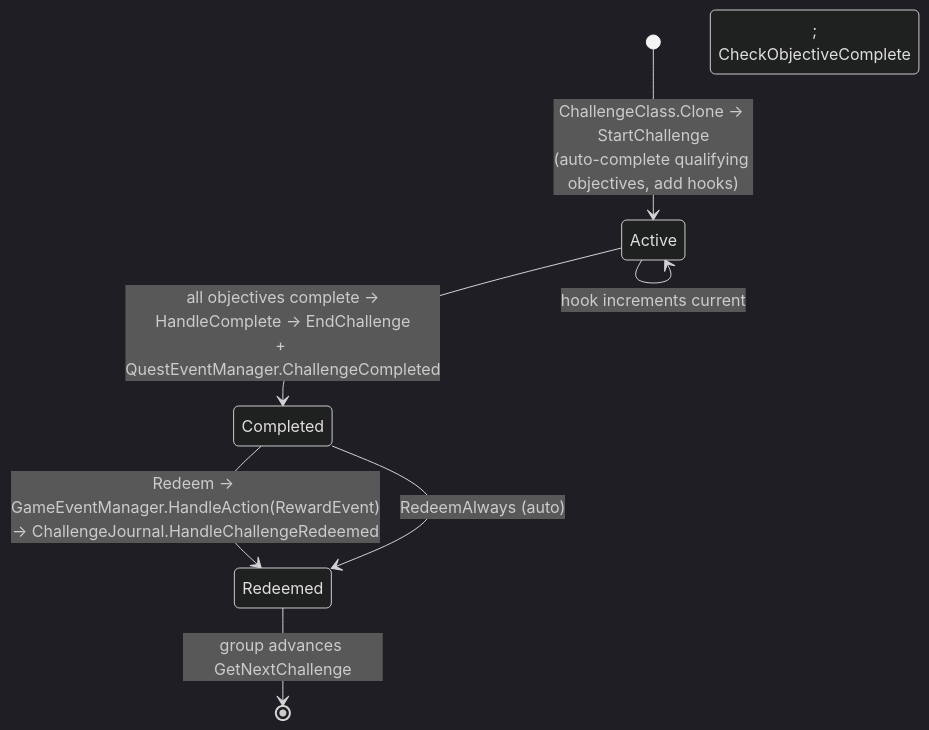
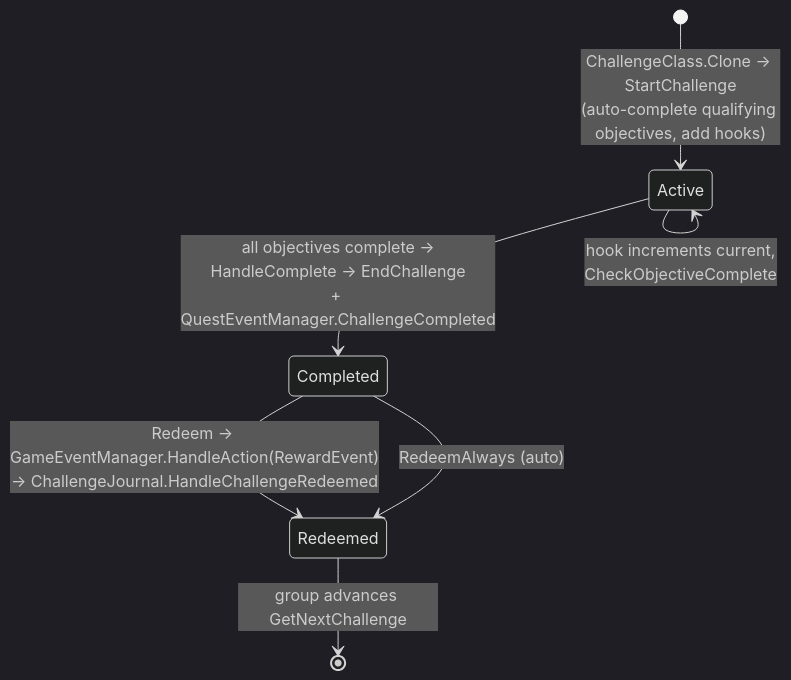
One commit to hordeforge/7dtd-engine-research changed the fourth of 5 diagrams in docs/quests-challenges.md. Above: the diagram before and after it, drawn with Mermaid (dark theme). The commit also changed 15 other files, not shown here.

First line of the commit message:
Map every state machine and fix mermaid 8.6 breakages corpus-wide

````diff
--- a/docs/quests-challenges.md
+++ b/docs/quests-challenges.md
@@ -301,9 +301,9 @@
 ```mermaid
 stateDiagram-v2
   [*] --> Active: ChallengeClass.Clone -> StartChallenge<br/>(auto-complete qualifying objectives, add hooks)
-  Active --> Active: hook increments current;<br/>CheckObjectiveComplete
+  Active --> Active: hook increments current,<br/>CheckObjectiveComplete
   Active --> Completed: all objectives complete -><br/>HandleComplete -> EndChallenge<br/>+ QuestEventManager.ChallengeCompleted
   Completed --> Redeemed: Redeem -> GameEventManager.HandleAction(RewardEvent)<br/>-> ChallengeJournal.HandleChallengeRedeemed
   Completed --> Redeemed: RedeemAlways (auto)
   Redeemed --> [*]: group advances GetNextChallenge
 ```
````
